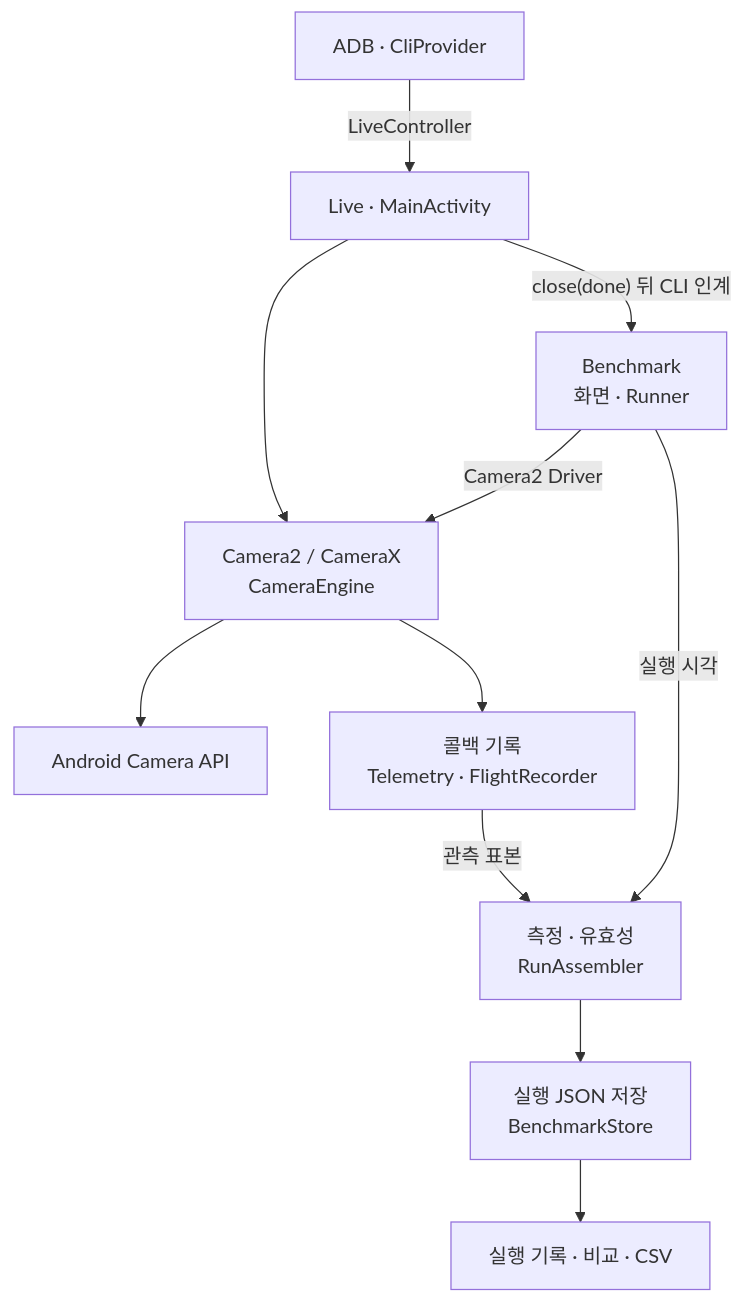
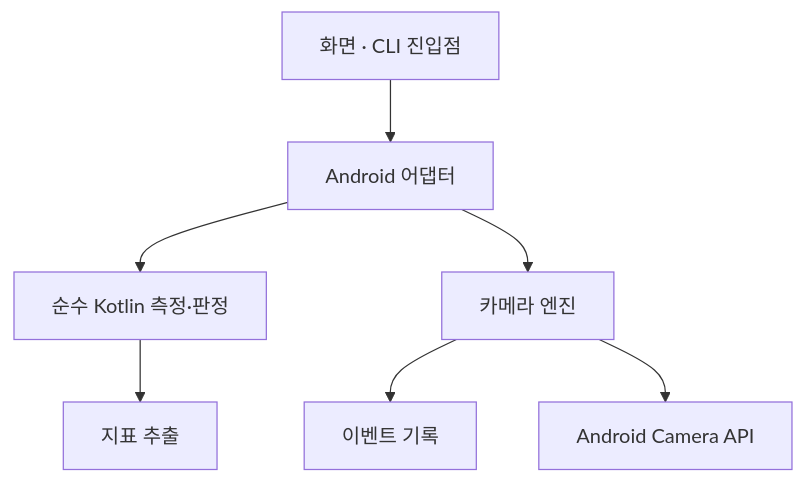
Before and after one commit to TTolsun/hal-camera: the diagram in .omm/overall-architecture/diagram.mmd, drawn with Mermaid. The commit also changed 49 other files, not shown here.

Commit message:
Clarify guide flows with diagrams and concise rules

```diff
--- a/.omm/overall-architecture/diagram.mmd
+++ b/.omm/overall-architecture/diagram.mmd
@@ -1,11 +1,7 @@
-graph TB
-    live["Live · MainActivity"] --> engines["Camera2 / CameraX<br/>CameraEngine"]
-    cli["ADB · CliProvider"] -->|"LiveController"| live
-    bench["Benchmark<br/>화면 · Runner"] -->|"Camera2 Driver"| engines
-    live -->|"close(done) 뒤 CLI 인계"| bench
-    engines --> api["Android Camera API"]
-    engines --> events["콜백 기록<br/>Telemetry · FlightRecorder"]
-    bench -->|"실행 시각"| evaluate["측정 · 유효성<br/>RunAssembler"]
-    events -->|"관측 표본"| evaluate
-    evaluate --> files["실행 JSON 저장<br/>BenchmarkStore"]
-    files --> results["실행 기록 · 비교 · CSV"]
+flowchart TB
+    screens["화면 · CLI 진입점"] --> adapters["Android 어댑터"]
+    adapters --> domain["순수 Kotlin 측정·판정"]
+    adapters --> camera["카메라 엔진"]
+    camera --> telemetry["이벤트 기록"]
+    camera --> api["Android Camera API"]
+    domain --> metrics["지표 추출"]
```
